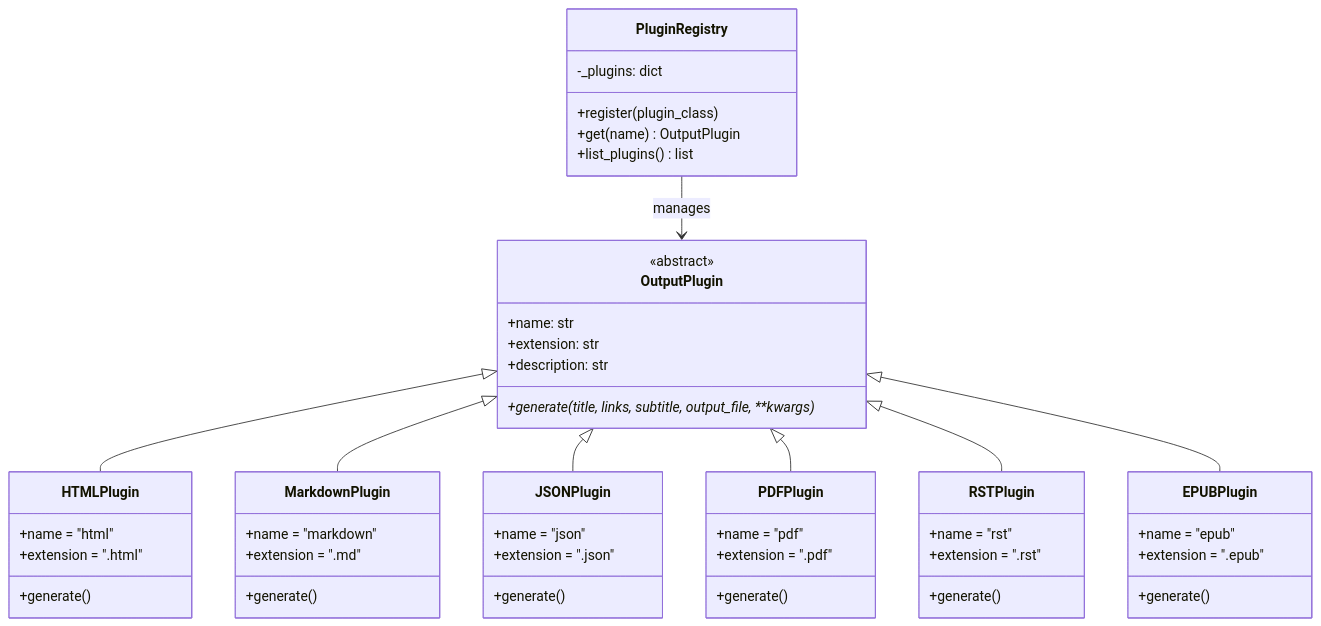
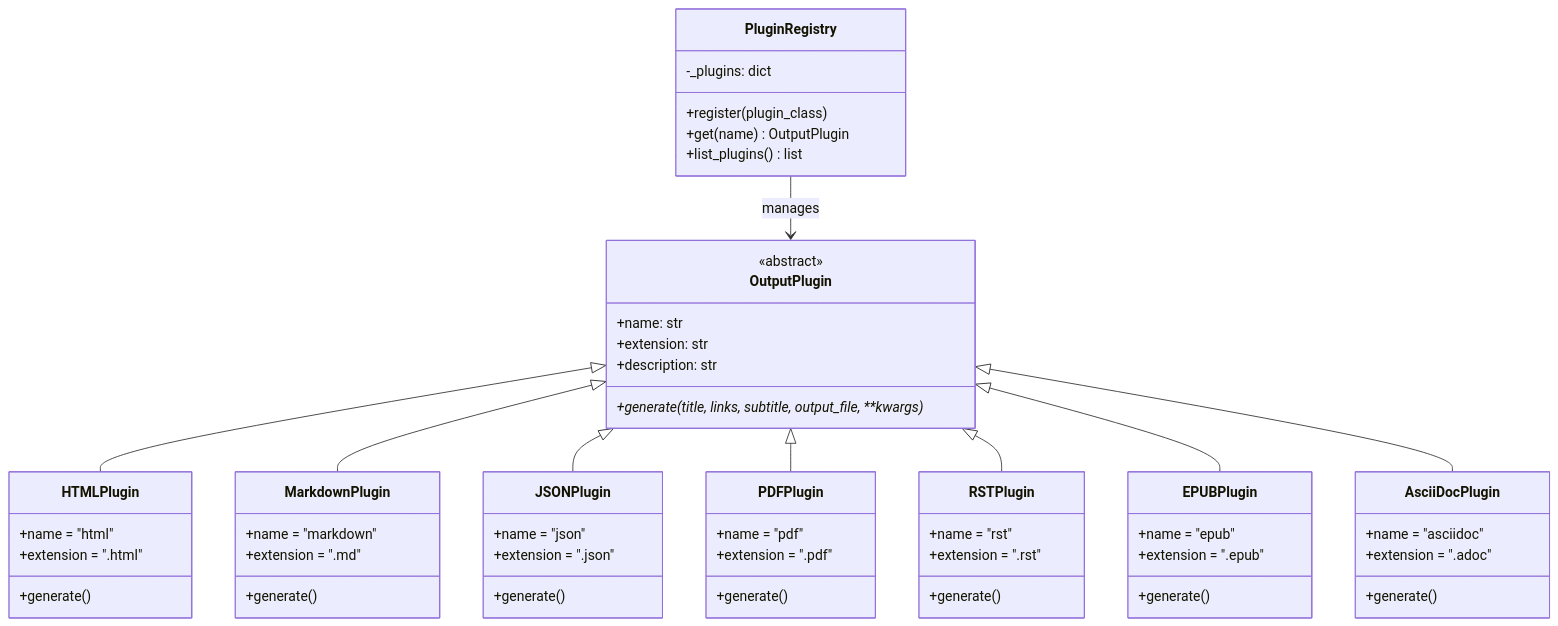
Before and after one commit to tschm/minibook: the fifth of 5 diagrams in .claude/analysis.md, drawn with Mermaid. The commit also changed other lines of this file and 3 other files, not shown here.

First line of the commit message:
Add AsciiDoc output plugin (#195)

````diff
--- a/.claude/analysis.md
+++ b/.claude/analysis.md
@@ -501,61 +501,68 @@
 ```mermaid
 classDiagram
     class OutputPlugin {
         <<abstract>>
         +name: str
         +extension: str
         +description: str
         +generate(title, links, subtitle, output_file, **kwargs)*
     }
 
     class HTMLPlugin {
         +name = "html"
         +extension = ".html"
         +generate()
     }
 
     class MarkdownPlugin {
         +name = "markdown"
         +extension = ".md"
         +generate()
     }
 
     class JSONPlugin {
         +name = "json"
         +extension = ".json"
         +generate()
     }
 
     class PDFPlugin {
         +name = "pdf"
         +extension = ".pdf"
         +generate()
     }
 
     class RSTPlugin {
         +name = "rst"
         +extension = ".rst"
         +generate()
     }
 
     class EPUBPlugin {
         +name = "epub"
         +extension = ".epub"
         +generate()
     }
 
+    class AsciiDocPlugin {
+        +name = "asciidoc"
+        +extension = ".adoc"
+        +generate()
+    }
+
     class PluginRegistry {
         -_plugins: dict
         +register(plugin_class)
         +get(name) OutputPlugin
         +list_plugins() list
     }
 
     OutputPlugin <|-- HTMLPlugin
     OutputPlugin <|-- MarkdownPlugin
     OutputPlugin <|-- JSONPlugin
     OutputPlugin <|-- PDFPlugin
     OutputPlugin <|-- RSTPlugin
     OutputPlugin <|-- EPUBPlugin
+    OutputPlugin <|-- AsciiDocPlugin
     PluginRegistry --> OutputPlugin : manages
 ```
````
